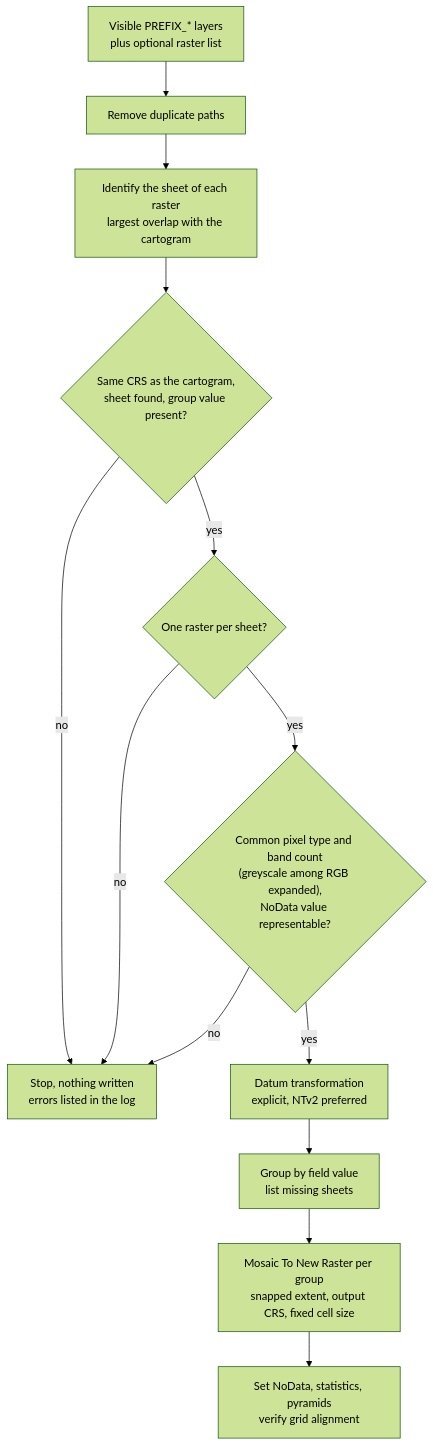
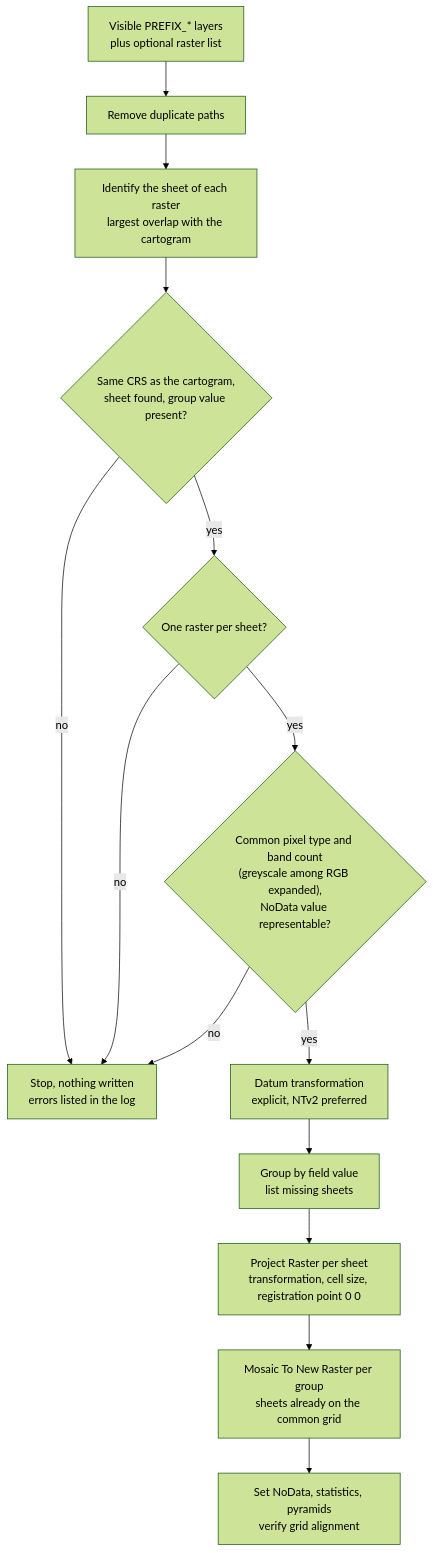
The second of 2 diagrams in README.md (PedroMMGoncalves/mapsheet-mosaic-arcgis-tools), drawn with Mermaid (forest theme) before and after one commit. The commit also changed other lines of this file and 5 other files, not shown here.

````diff
--- a/README.md
+++ b/README.md
@@ -92,15 +92,16 @@
 ```mermaid
 flowchart TD
     IN["Visible PREFIX_* layers<br/>plus optional raster list"] --> DD["Remove duplicate paths"]
     DD --> ID["Identify the sheet of each raster<br/>largest overlap with the cartogram"]
     ID --> G1{"Same CRS as the cartogram,<br/>sheet found, group value present?"}
     G1 -- no --> STOP["Stop, nothing written<br/>errors listed in the log"]
     G1 -- yes --> G2{"One raster per sheet?"}
     G2 -- no --> STOP
     G2 -- yes --> G3{"Common pixel type and band count<br/>(greyscale among RGB expanded),<br/>NoData value representable?"}
     G3 -- no --> STOP
     G3 -- yes --> TR["Datum transformation<br/>explicit, NTv2 preferred"]
     TR --> GR["Group by field value<br/>list missing sheets"]
-    GR --> M["Mosaic To New Raster per group<br/>snapped extent, output CRS, fixed cell size"]
+    GR --> PR["Project Raster per sheet<br/>transformation, cell size, registration point 0 0"]
+    PR --> M["Mosaic To New Raster per group<br/>sheets already on the common grid"]
     M --> P["Set NoData, statistics, pyramids<br/>verify grid alignment"]
 ```
````
